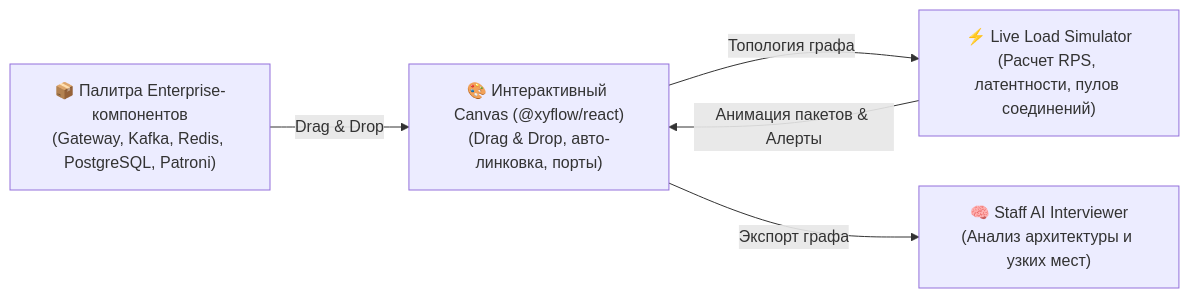
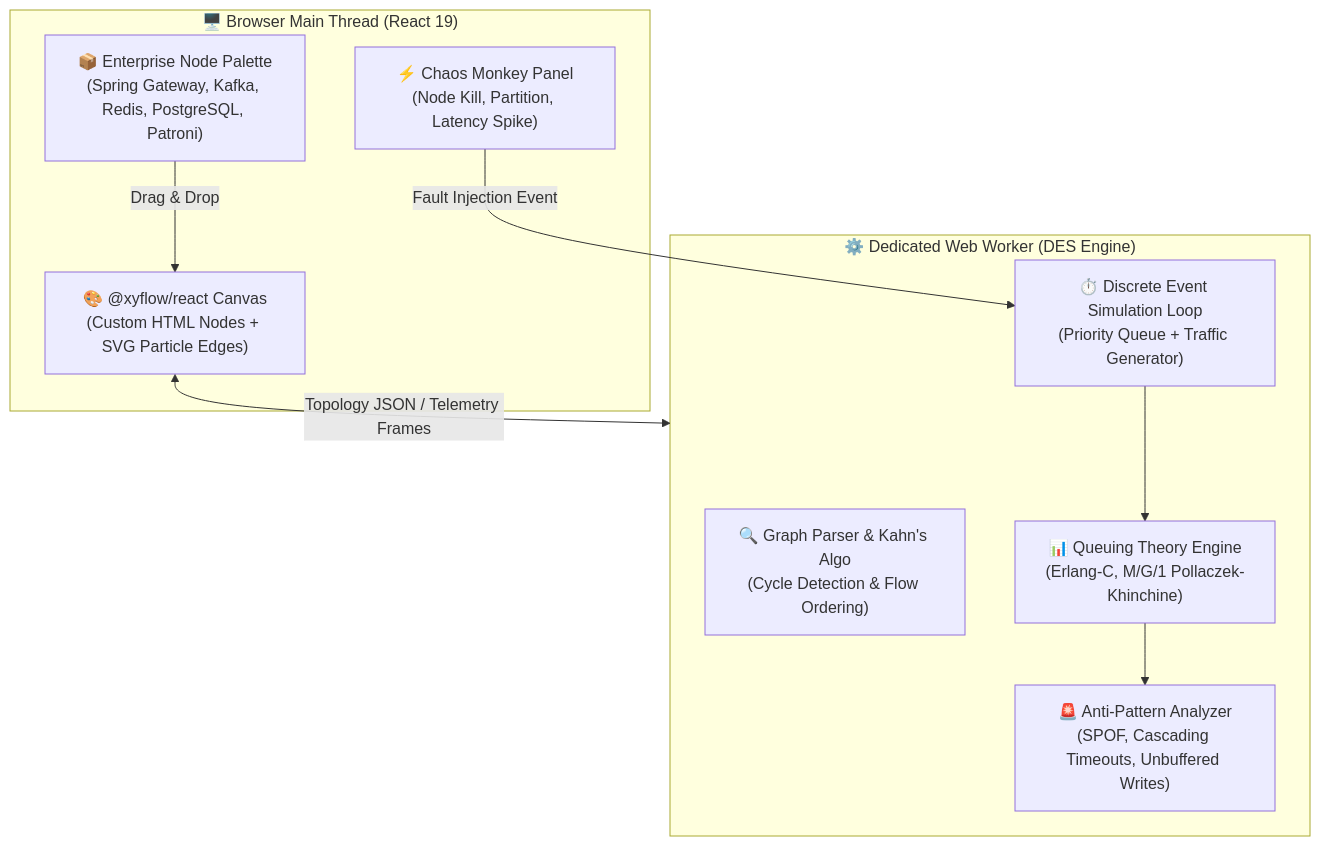
The second of 2 diagrams in docs/roadmap/phase_04_interactive_system_design_canvas.md (iliaIz/interview_tutor), drawn with Mermaid before and after one commit. The commit also changed other lines of this file and 6 other files, not shown here.

Commit message:
docs(roadmap): synthesize Deep Research into master report and update Phase 4 and 5 specs

````diff
--- a/docs/roadmap/phase_04_interactive_system_design_canvas.md
+++ b/docs/roadmap/phase_04_interactive_system_design_canvas.md
@@ -24,12 +25,21 @@
 ```mermaid
-flowchart LR
-    Palette["📦 Палитра Enterprise-компонентов\n(Gateway, Kafka, Redis, PostgreSQL, Patroni)"]
-    Canvas["🎨 Интерактивный Canvas (@xyflow/react)\n(Drag & Drop, авто-линковка, порты)"]
-    SimEngine["⚡ Live Load Simulator\n(Расчет RPS, латентности, пулов соединений)"]
-    StaffAI["🧠 Staff AI Interviewer\n(Анализ архитектуры и узких мест)"]
+flowchart TD
+    subgraph BrowserUI ["🖥️ Browser Main Thread (React 19)"]
+        Palette["📦 Enterprise Node Palette\n(Spring Gateway, Kafka, Redis, PostgreSQL, Patroni)"]
+        Canvas["🎨 @xyflow/react Canvas\n(Custom HTML Nodes + SVG Particle Edges)"]
+        ChaosPanel["⚡ Chaos Monkey Panel\n(Node Kill, Partition, Latency Spike)"]
+    end
+
+    subgraph Worker ["⚙️ Dedicated Web Worker (DES Engine)"]
+        Topology["🔍 Graph Parser & Kahn's Algo\n(Cycle Detection & Flow Ordering)"]
+        DES["⏱️ Discrete Event Simulation Loop\n(Priority Queue + Traffic Generator)"]
+        QueueMath["📊 Queuing Theory Engine\n(Erlang-C, M/G/1 Pollaczek-Khinchine)"]
+        Heuristics["🚨 Anti-Pattern Analyzer\n(SPOF, Cascading Timeouts, Unbuffered Writes)"]
+    end
 
     Palette -->|Drag & Drop| Canvas
-    Canvas -->|Топология графа| SimEngine
-    SimEngine -->|Анимация пакетов & Алерты| Canvas
-    Canvas -->|Экспорт графа| StaffAI
+    Canvas <-->|Topology JSON / Telemetry Frames| Worker
+    ChaosPanel -->|Fault Injection Event| DES
+    DES --> QueueMath
+    QueueMath --> Heuristics
 ```
````
